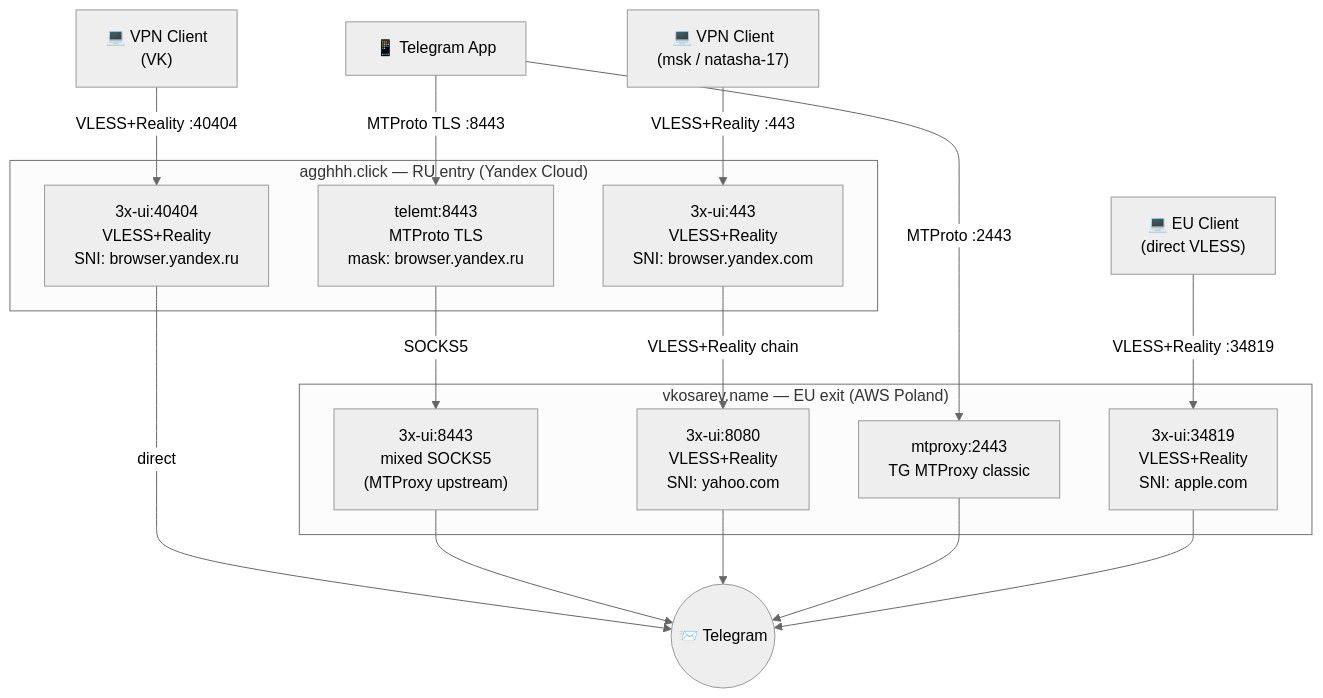
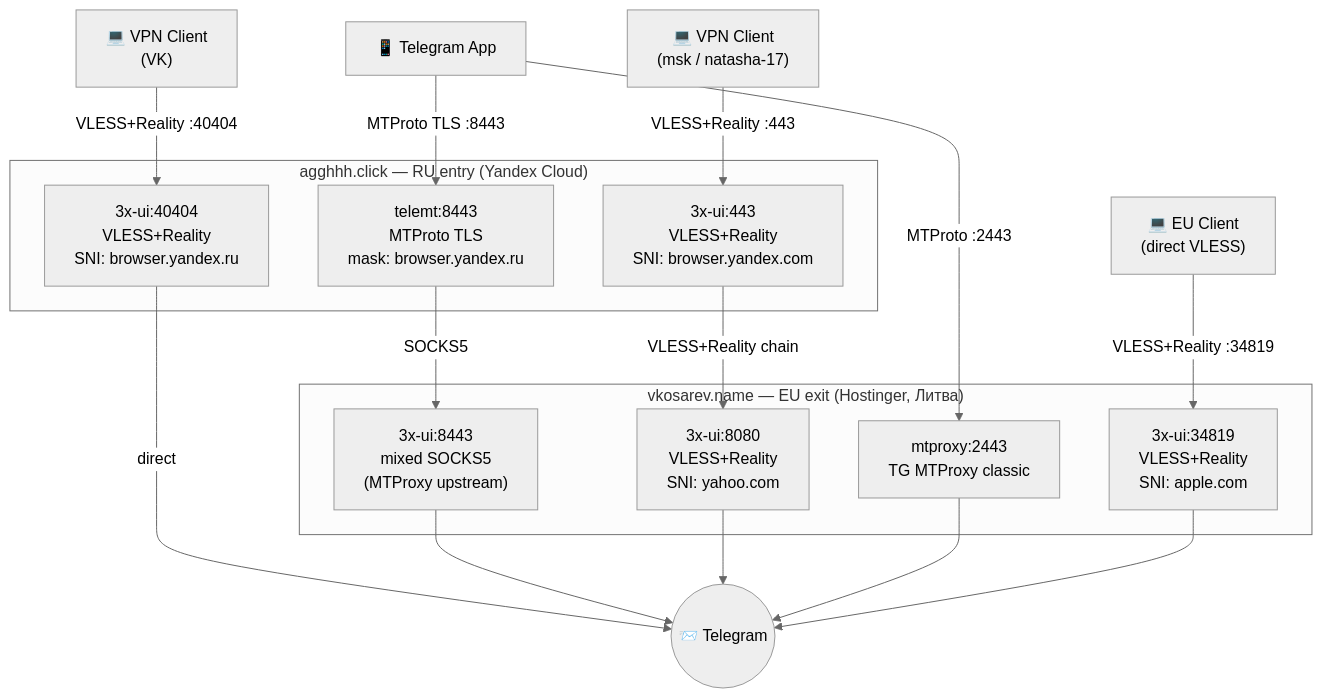
The first of 2 diagrams in README.md (vadim-kosarev/vps), drawn with Mermaid (neutral theme) before and after one commit. The commit also changed other lines of this file and 2 other files, not shown here.

First line of the commit message:
vkosarev.name/vkosarev.link: документация по HTTP-proxy туннелю (22000 → VLESS+Reality → vkosarev.link:3443)

````diff
--- a/README.md
+++ b/README.md
@@ -20,37 +20,37 @@
 ```mermaid
 flowchart TD
     TG["📱 Telegram App"]
     VPN_VK["💻 VPN Client\n(VK)"]
     VPN_MSK["💻 VPN Client\n(msk / natasha-17)"]
     EU_CLIENT["💻 EU Client\n(direct VLESS)"]
 
     subgraph agghhh ["agghhh.click — RU entry (Yandex Cloud)"]
         TELEMT["telemt:8443\nMTProto TLS\nmask: browser.yandex.ru"]
         XUI_40404["3x-ui:40404\nVLESS+Reality\nSNI: browser.yandex.ru"]
         XUI_443["3x-ui:443\nVLESS+Reality\nSNI: browser.yandex.com"]
     end
 
-    subgraph vkosarev ["vkosarev.name — EU exit (AWS Poland)"]
+    subgraph vkosarev ["vkosarev.name — EU exit (Hostinger, Литва)"]
         RU_PL["3x-ui:8080\nVLESS+Reality\nSNI: yahoo.com"]
         EU_AMAZON["3x-ui:34819\nVLESS+Reality\nSNI: apple.com"]
         MIXED["3x-ui:8443\nmixed SOCKS5\n(MTProxy upstream)"]
         MTPROXY["mtproxy:2443\nTG MTProxy classic"]
     end
 
     TELEGRAM(("📨 Telegram"))
 
     TG -->|"MTProto TLS :8443"| TELEMT
     VPN_MSK -->|"VLESS+Reality :443"| XUI_443
     TG -->|"MTProto :2443"| MTPROXY
     VPN_VK -->|"VLESS+Reality :40404"| XUI_40404
     EU_CLIENT -->|"VLESS+Reality :34819"| EU_AMAZON
 
     TELEMT -->|"SOCKS5"| MIXED
     XUI_443 -->|"VLESS+Reality chain"| RU_PL
     XUI_40404 -->|"direct"| TELEGRAM
 
     MIXED --> TELEGRAM
     RU_PL --> TELEGRAM
     MTPROXY --> TELEGRAM
     EU_AMAZON --> TELEGRAM
 ```
````
